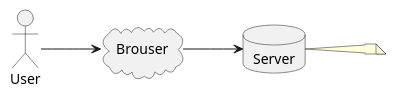
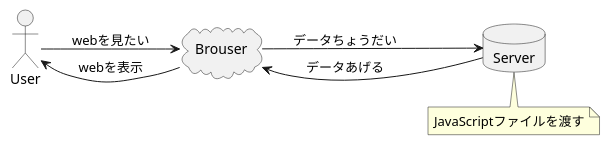
The diagram in README.md (sararu1212/javascript), drawn with PlantUML before and after one commit. The commit also changed other lines of this file, not shown here.

Commit message:
勉強項目の追加

````diff
--- a/README.md
+++ b/README.md
@@ -32,10 +36,12 @@
 ```plantuml
 left to right direction
 actor User as user
 cloud  Brouser
 database Server
 
-user --> Brouser
-note right : 
-Brouser --> Server
+user --> Brouser : webを見たい
+user <-- Brouser : webを表示
+Brouser --> Server : データちょうだい 
+Brouser <-- Server : データあげる
+note bottom : JavaScriptファイルを渡す
 ```
````
